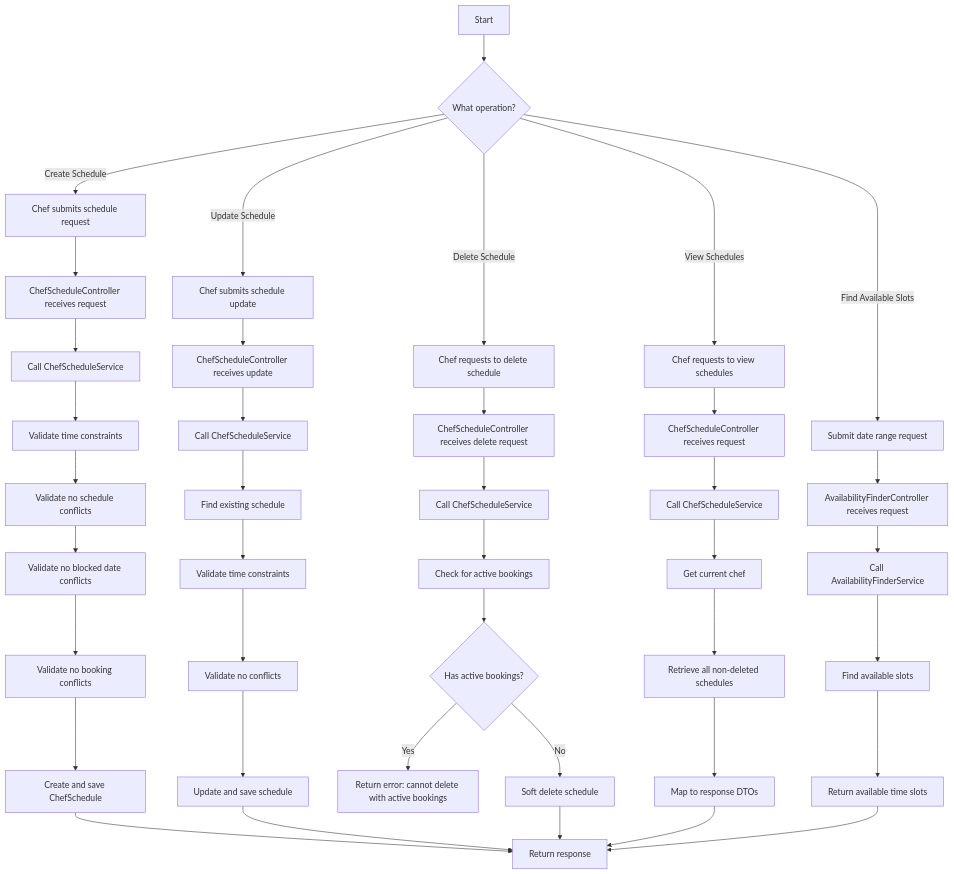
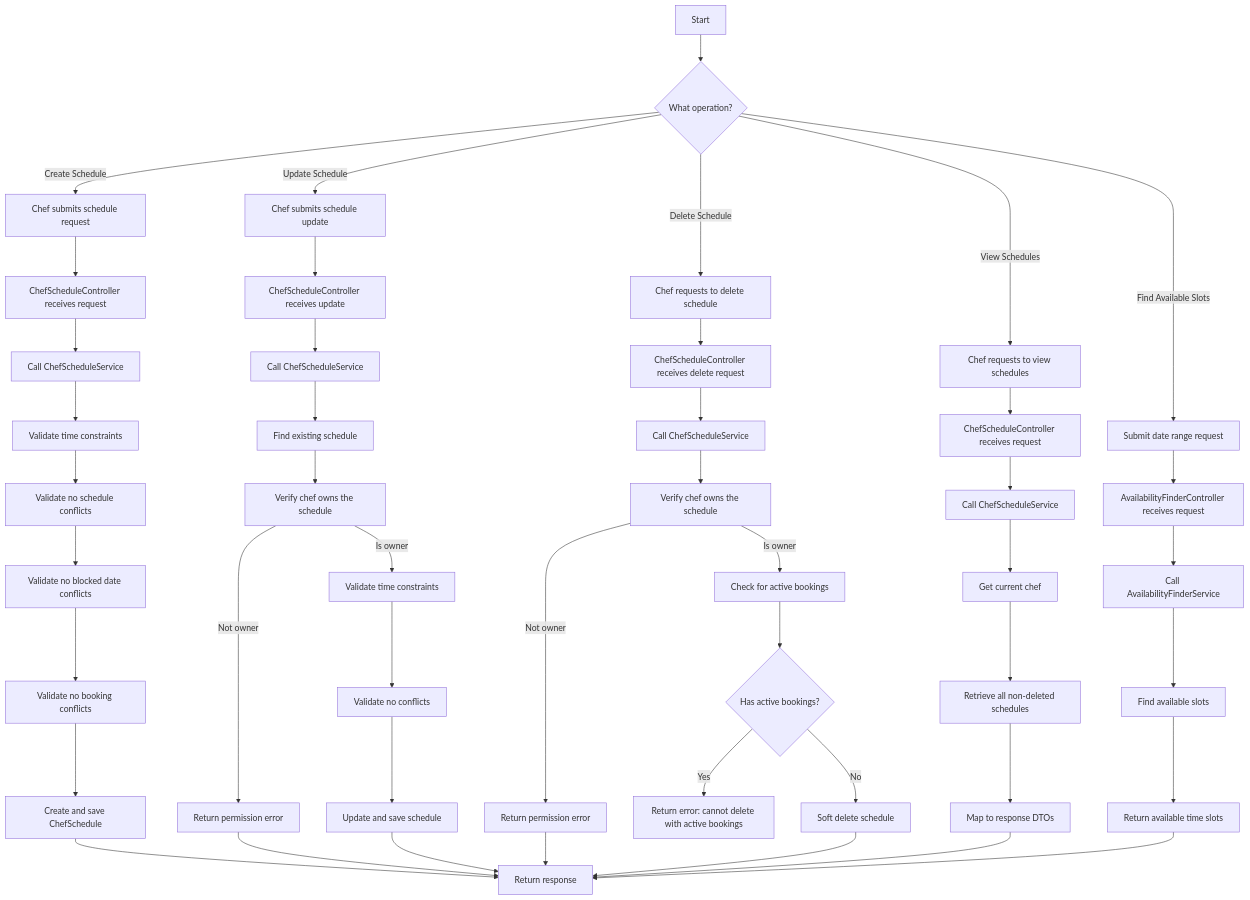
One commit to phongkhongxai/vietchef changed the second of 5 diagrams in docs/Schedule Management Diagrams.md. Above: the diagram before and after it, drawn with Mermaid. The commit also changed other lines of this file and 15 other files, not shown here.

````diff
--- a/docs/Schedule Management Diagrams.md
+++ b/docs/Schedule Management Diagrams.md
@@ -171,52 +175,58 @@
 ```mermaid
 flowchart TD
     A[Start] --> B{What operation?}
     
     %% Create Schedule Path
     B -->|Create Schedule| C[Chef submits schedule request]
     C --> D[ChefScheduleController receives request]
     D --> E[Call ChefScheduleService]
     E --> F[Validate time constraints]
     F --> G[Validate no schedule conflicts]
     G --> H[Validate no blocked date conflicts]
     H --> I[Validate no booking conflicts]
     I --> J[Create and save ChefSchedule]
     J --> Z[Return response]
     
     %% Update Schedule Path
     B -->|Update Schedule| K[Chef submits schedule update]
     K --> L[ChefScheduleController receives update]
     L --> M[Call ChefScheduleService]
     M --> N[Find existing schedule]
-    N --> O[Validate time constraints]
+    N --> N1[Verify chef owns the schedule]
+    N1 -->|Not owner| N2[Return permission error]
+    N2 --> Z
+    N1 -->|Is owner| O[Validate time constraints]
     O --> P[Validate no conflicts]
     P --> Q[Update and save schedule]
     Q --> Z
     
     %% Delete Schedule Path
     B -->|Delete Schedule| R[Chef requests to delete schedule]
     R --> S[ChefScheduleController receives delete request]
     S --> T[Call ChefScheduleService]
-    T --> U[Check for active bookings]
+    T --> T1[Verify chef owns the schedule]
+    T1 -->|Not owner| T2[Return permission error]
+    T2 --> Z
+    T1 -->|Is owner| U[Check for active bookings]
     U --> V{Has active bookings?}
     V -->|Yes| W[Return error: cannot delete with active bookings]
     V -->|No| X[Soft delete schedule]
     X --> Z
     
     %% View Schedules Path
     B -->|View Schedules| Y[Chef requests to view schedules]
     Y --> AA[ChefScheduleController receives request]
     AA --> AB[Call ChefScheduleService]
     AB --> AC[Get current chef]
     AC --> AD[Retrieve all non-deleted schedules]
     AD --> AE[Map to response DTOs]
     AE --> Z
     
     %% Find Available Slots
     B -->|Find Available Slots| AF[Submit date range request]
     AF --> AG[AvailabilityFinderController receives request]
     AG --> AH[Call AvailabilityFinderService]
     AH --> AI[Find available slots]
     AI --> AJ[Return available time slots]
     AJ --> Z
 ```
````
